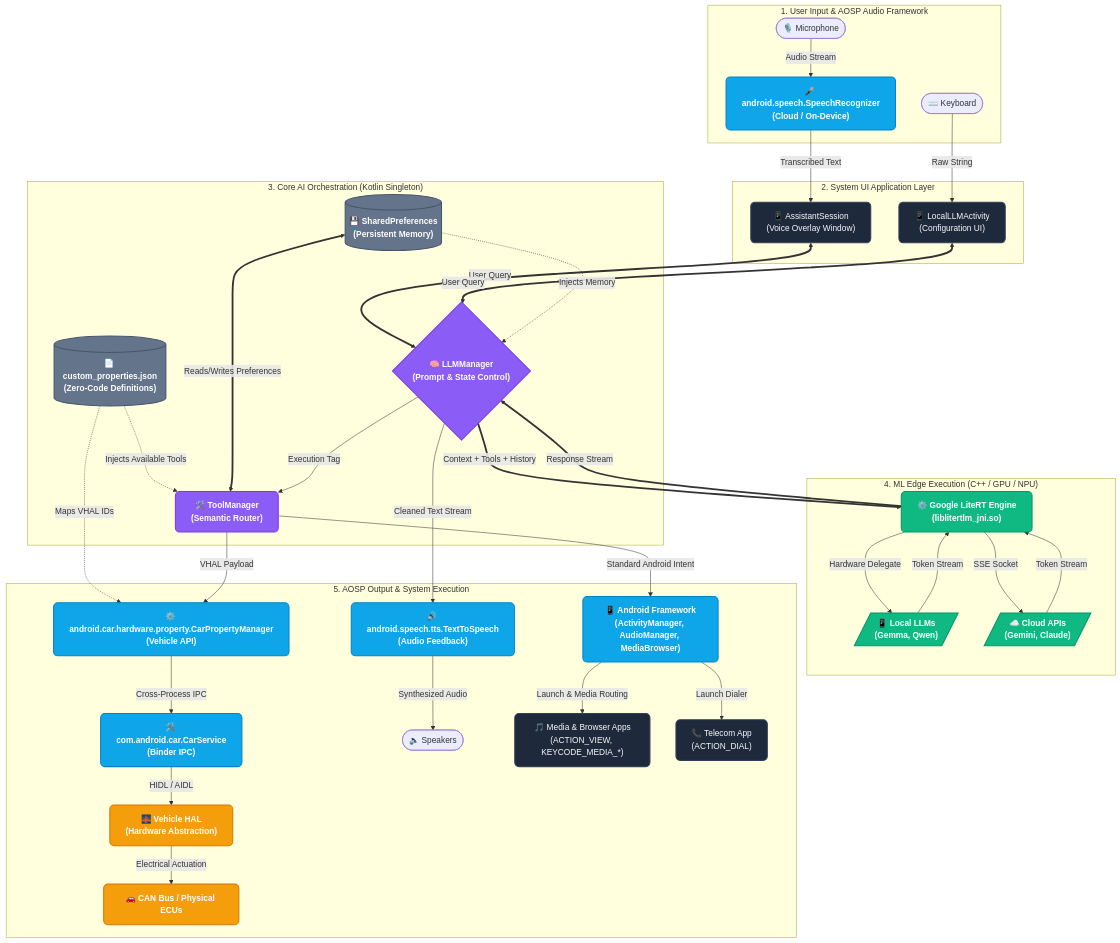
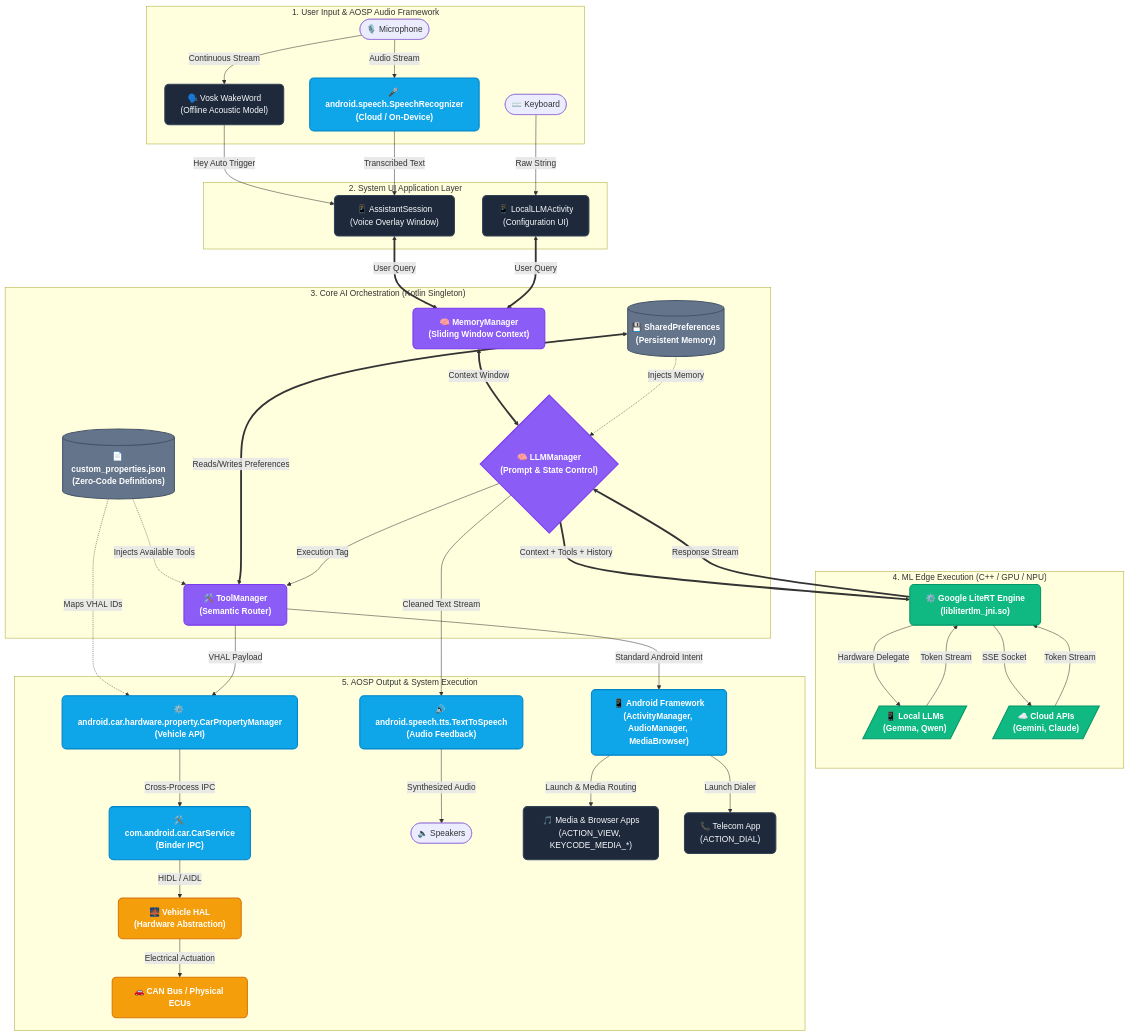
One commit to hemangpandhi/ai-assistant changed the first of 4 diagrams in ARCHITECTURE.md. Above: the diagram before and after it, drawn with Mermaid. The commit also changed other lines of this file, not shown here.

Commit message:
docs: explicitly add Vosk WakeWord and MemoryManager components to architecture diagrams

```diff
--- a/ARCHITECTURE.md
+++ b/ARCHITECTURE.md
@@ -22,6 +22,7 @@
         MIC([🎙️ Microphone])
         TXT([⌨️ Keyboard])
         STT["🎤 android.speech.SpeechRecognizer<br/>(Cloud / On-Device)"]:::aospAPI
+        VOSK["🗣️ Vosk WakeWord<br/>(Offline Acoustic Model)"]:::sysApp
     end
 
     subgraph AppUI ["2. System UI Application Layer"]
@@ -32,6 +33,7 @@
     subgraph Orchestration ["3. Core AI Orchestration (Kotlin Singleton)"]
         LLM{"🧠 LLMManager<br/>(Prompt & State Control)"}:::logic
         TM["🛠️ ToolManager<br/>(Semantic Router)"]:::logic
+        MEM["🧠 MemoryManager<br/>(Sliding Window Context)"]:::logic
         JSON[("📄 custom_properties.json<br/>(Zero-Code Definitions)")]:::config
         PREFS[("💾 SharedPreferences<br/>(Persistent Memory)")]:::config
     end
@@ -56,11 +58,14 @@
 
     %% Flow Mapping
     MIC -->|Audio Stream| STT
+    MIC -->|Continuous Stream| VOSK
+    VOSK -->|"Hey Auto" Trigger| SESSION
     STT -->|Transcribed Text| SESSION
     TXT -->|Raw String| ACT
     
-    SESSION <==>|User Query| LLM
-    ACT <==>|User Query| LLM
+    SESSION <==>|User Query| MEM
+    ACT <==>|User Query| MEM
+    MEM <==>|Context Window| LLM
     
     JSON -.->|Injects Available Tools| TM
     JSON -.->|Maps VHAL IDs| CPM
```
